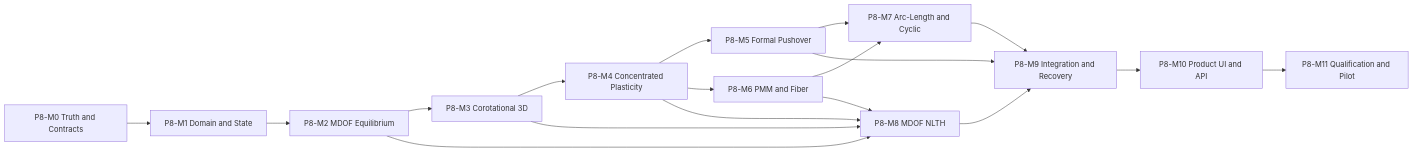
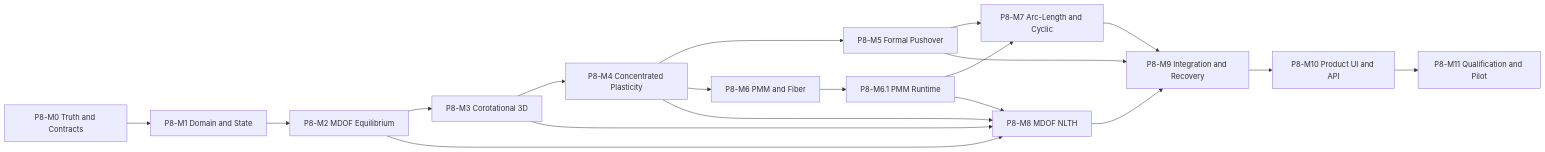
Before and after one commit to m-ill/s-structures: the diagram in docs/phase8/MILESTONE_EXECUTION_PLAN.md, drawn with Mermaid. The commit also changed other lines of this file and 30 other files, not shown here.

````diff
--- a/docs/phase8/MILESTONE_EXECUTION_PLAN.md
+++ b/docs/phase8/MILESTONE_EXECUTION_PLAN.md
@@ -12,20 +12,21 @@
 ```mermaid
 flowchart LR
   M0["P8-M0 Truth and Contracts"] --> M1["P8-M1 Domain and State"]
   M1 --> M2["P8-M2 MDOF Equilibrium"]
   M2 --> M3["P8-M3 Corotational 3D"]
   M3 --> M4["P8-M4 Concentrated Plasticity"]
   M4 --> M5["P8-M5 Formal Pushover"]
   M4 --> M6["P8-M6 PMM and Fiber"]
+  M6 --> M61["P8-M6.1 PMM Runtime"]
   M5 --> M7["P8-M7 Arc-Length and Cyclic"]
-  M6 --> M7
+  M61 --> M7
   M2 --> M8["P8-M8 MDOF NLTH"]
   M3 --> M8
   M4 --> M8
-  M6 --> M8
+  M61 --> M8
   M5 --> M9["P8-M9 Integration and Recovery"]
   M7 --> M9
   M8 --> M9
   M9 --> M10["P8-M10 Product UI and API"]
   M10 --> M11["P8-M11 Qualification and Pilot"]
 ```
````
